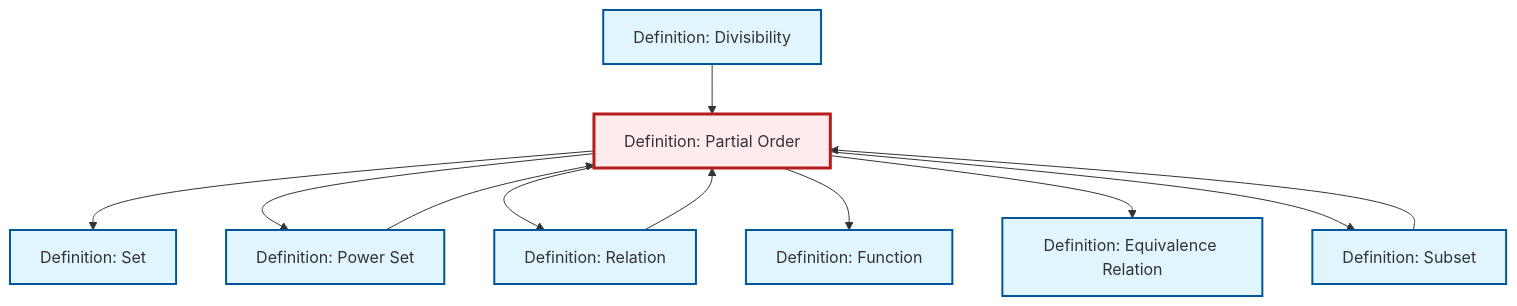
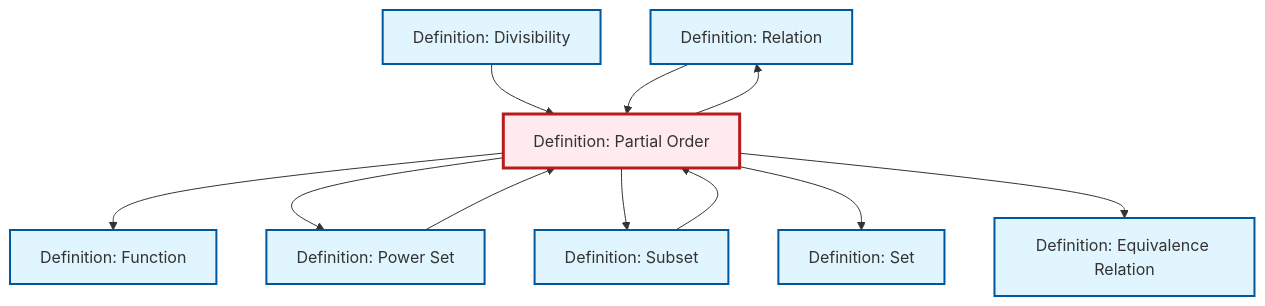
One commit to RK0429/ModernMath changed the diagram in content/ja/logic-set-theory/def-partial-order.qmd. Above: the diagram before and after it, drawn with Mermaid. The commit also changed other lines of this file and 619 other files, not shown here.

````diff
--- a/content/ja/logic-set-theory/def-partial-order.qmd
+++ b/content/ja/logic-set-theory/def-partial-order.qmd
@@ -157,35 +157,35 @@
 ```{mermaid}
 %%| fig-cap: "Local dependency graph"
 graph TD
     classDef definition fill:#e1f5fe,stroke:#01579b,stroke-width:2px
     classDef theorem fill:#f3e5f5,stroke:#4a148c,stroke-width:2px
     classDef axiom fill:#fff3e0,stroke:#e65100,stroke-width:2px
     classDef example fill:#e8f5e9,stroke:#1b5e20,stroke-width:2px
     classDef current fill:#ffebee,stroke:#b71c1c,stroke-width:3px
+    def-relation["Definition: Relation"]:::definition
+    def-divisibility["Definition: Divisibility"]:::definition
+    def-set["Definition: Set"]:::definition
     def-partial-order["Definition: Partial Order"]:::definition
+    def-power-set["Definition: Power Set"]:::definition
+    def-equivalence-relation["Definition: Equivalence Relation"]:::definition
     def-subset["Definition: Subset"]:::definition
-    def-equivalence-relation["Definition: Equivalence Relation"]:::definition
     def-function["Definition: Function"]:::definition
-    def-set["Definition: Set"]:::definition
-    def-power-set["Definition: Power Set"]:::definition
-    def-divisibility["Definition: Divisibility"]:::definition
-    def-relation["Definition: Relation"]:::definition
+    def-partial-order --> def-function
+    def-partial-order --> def-power-set
     def-divisibility --> def-partial-order
+    def-partial-order --> def-relation
+    def-power-set --> def-partial-order
     def-relation --> def-partial-order
+    def-partial-order --> def-subset
+    def-subset --> def-partial-order
     def-partial-order --> def-set
-    def-power-set --> def-partial-order
-    def-partial-order --> def-power-set
-    def-partial-order --> def-relation
-    def-partial-order --> def-function
     def-partial-order --> def-equivalence-relation
-    def-subset --> def-partial-order
-    def-partial-order --> def-subset
     class def-partial-order current
-    click def-subset "def-subset.html" "Definition: Subsetへ"
-    click def-equivalence-relation "def-equivalence-relation.html" "Definition: Equivalence Relationへ"
-    click def-function "def-function.html" "Definition: Functionへ"
+    click def-relation "def-relation.html" "Definition: Relationへ"
+    click def-divisibility "def-divisibility.html" "Definition: Divisibilityへ"
     click def-set "def-set.html" "Definition: Setへ"
     click def-power-set "def-power-set.html" "Definition: Power Setへ"
-    click def-divisibility "def-divisibility.html" "Definition: Divisibilityへ"
-    click def-relation "def-relation.html" "Definition: Relationへ"
+    click def-equivalence-relation "def-equivalence-relation.html" "Definition: Equivalence Relationへ"
+    click def-subset "def-subset.html" "Definition: Subsetへ"
+    click def-function "def-function.html" "Definition: Functionへ"
 ```
````
